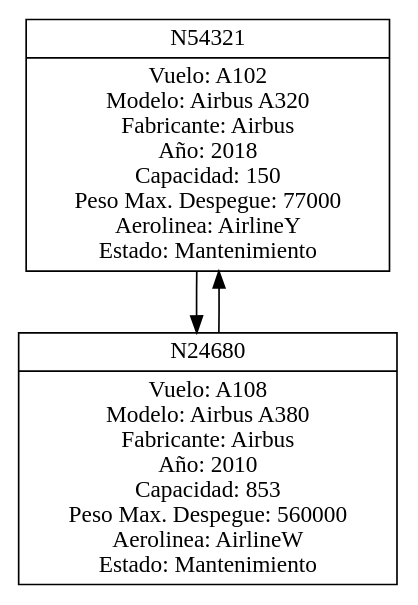
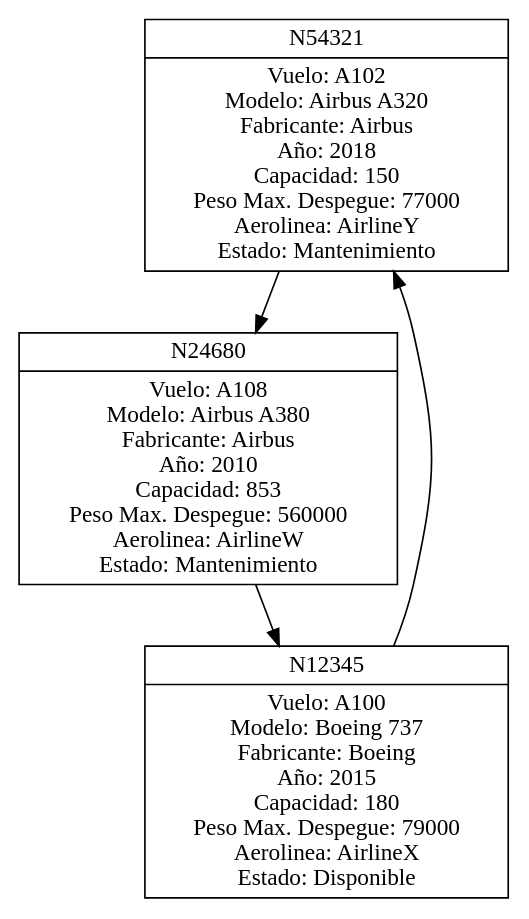
The diagram in cmake-build-debug/avionesMantenimiento.dot (moisibot/201930195_EDD_Practica), drawn with Graphviz before and after one commit. The commit also changed 18 other files, not shown here.

```diff
--- a/cmake-build-debug/avionesMantenimiento.dot
+++ b/cmake-build-debug/avionesMantenimiento.dot
@@ -1,7 +1,9 @@
 digraph AvionesMantenimiento {
   node [shape=record];
-  nodo0x5637fa0edd00 [label="{{N54321}|{Vuelo: A102\nModelo: Airbus A320\nFabricante: Airbus\nAño: 2018\nCapacidad: 150\nPeso Max. Despegue: 77000\nAerolinea: AirlineY\nEstado: Mantenimiento}}"];
-  nodo0x5637fa0edd00 -> nodo0x5637fa0efbc0;
-  nodo0x5637fa0efbc0 [label="{{N24680}|{Vuelo: A108\nModelo: Airbus A380\nFabricante: Airbus\nAño: 2010\nCapacidad: 853\nPeso Max. Despegue: 560000\nAerolinea: AirlineW\nEstado: Mantenimiento}}"];
-  nodo0x5637fa0efbc0 -> nodo0x5637fa0edd00;
+  nodo0x5614ed26ed00 [label="{{N54321}|{Vuelo: A102\nModelo: Airbus A320\nFabricante: Airbus\nAño: 2018\nCapacidad: 150\nPeso Max. Despegue: 77000\nAerolinea: AirlineY\nEstado: Mantenimiento}}"];
+  nodo0x5614ed26ed00 -> nodo0x5614ed270bc0;
+  nodo0x5614ed270bc0 [label="{{N24680}|{Vuelo: A108\nModelo: Airbus A380\nFabricante: Airbus\nAño: 2010\nCapacidad: 853\nPeso Max. Despegue: 560000\nAerolinea: AirlineW\nEstado: Mantenimiento}}"];
+  nodo0x5614ed270bc0 -> nodo0x5614ed26ede0;
+  nodo0x5614ed26ede0 [label="{{N12345}|{Vuelo: A100\nModelo: Boeing 737\nFabricante: Boeing\nAño: 2015\nCapacidad: 180\nPeso Max. Despegue: 79000\nAerolinea: AirlineX\nEstado: Disponible}}"];
+  nodo0x5614ed26ede0 -> nodo0x5614ed26ed00;
 }
```
